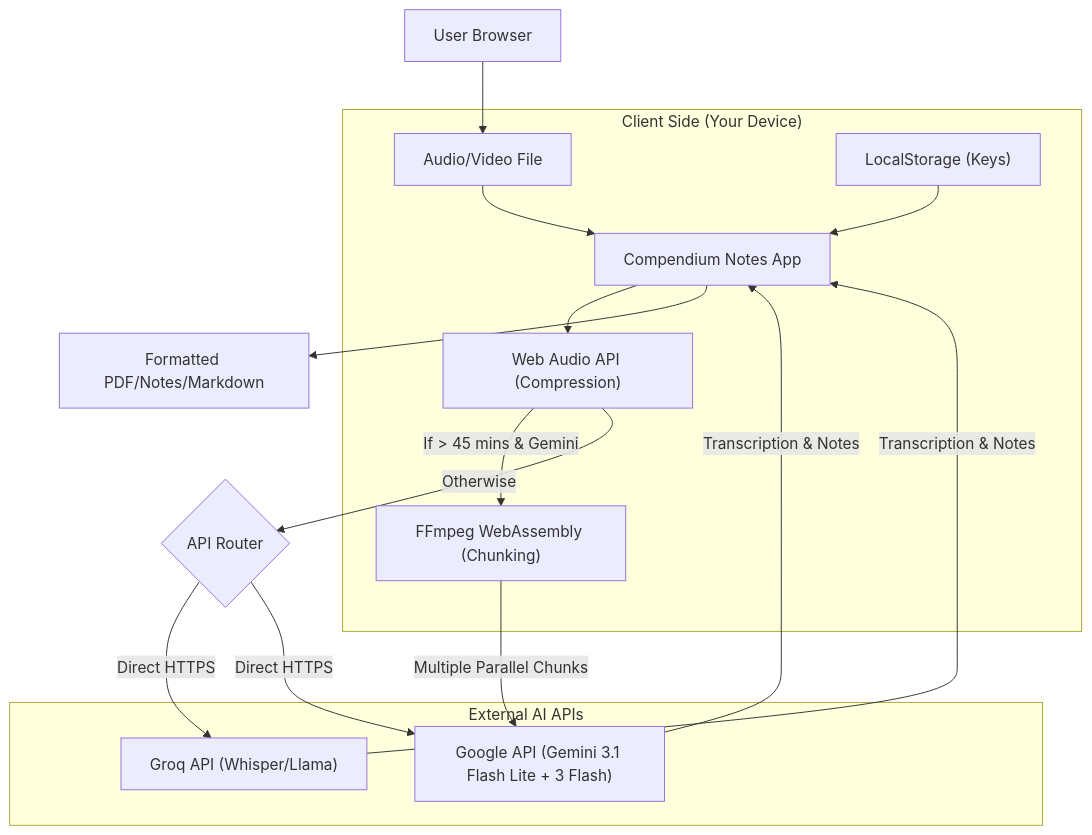
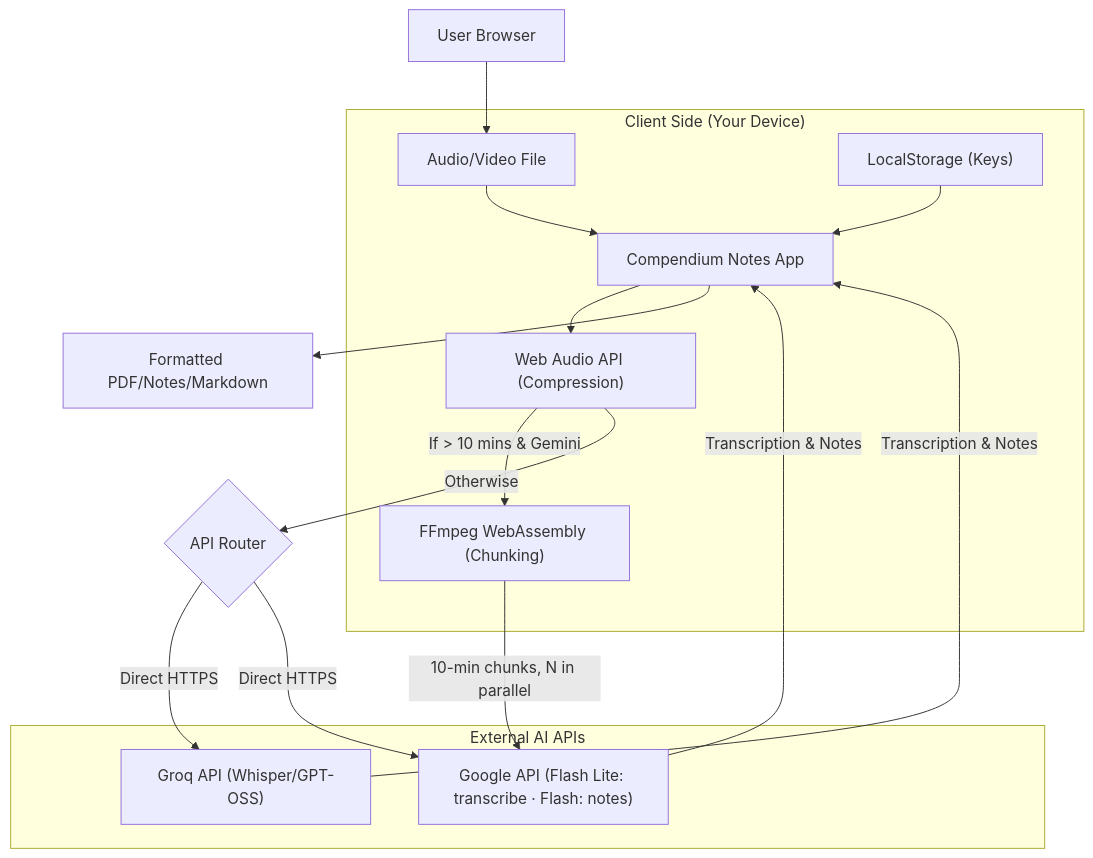
Before and after one commit to ForcexDev/compendium-notes: the diagram in README.md, drawn with Mermaid. The commit also changed other lines of this file and 45 other files, not shown here.

First line of the commit message:
feat: rediseño de progreso y sistema anti-caídas para Gemini y Groq

````diff
--- a/README.md
+++ b/README.md
@@ -72,34 +72,34 @@
 ```mermaid
 graph TD
     User["User Browser"]
     subgraph "Client Side (Your Device)"
         Upload["Audio/Video File"]
         Store["LocalStorage (Keys)"]
         App["Compendium Notes App"]
         AudioAPI["Web Audio API (Compression)"]
         FFmpeg["FFmpeg WebAssembly (Chunking)"]
     end
     
     subgraph "External AI APIs"
-        Groq["Groq API (Whisper/Llama)"]
-        Gemini["Google API (Gemini 3.1 Flash Lite + 3 Flash)"]
+        Groq["Groq API (Whisper/GPT-OSS)"]
+        Gemini["Google API (Flash Lite: transcribe · Flash: notes)"]
     end
 
     User --> Upload
     Upload --> App
     Store --> App
     
     App --> AudioAPI
-    AudioAPI -- "If > 45 mins & Gemini" --> FFmpeg
+    AudioAPI -- "If > 10 mins & Gemini" --> FFmpeg
     AudioAPI -- "Otherwise" --> APIs
-    FFmpeg -- "Multiple Parallel Chunks" --> Gemini
+    FFmpeg -- "10-min chunks, N in parallel" --> Gemini
     
     APIs{"API Router"}
     APIs -- "Direct HTTPS" --> Groq
     APIs -- "Direct HTTPS" --> Gemini
     
     Groq -- "Transcription & Notes" --> App
     Gemini -- "Transcription & Notes" --> App
     
     App --> Result["Formatted PDF/Notes/Markdown"]
 ```
````
